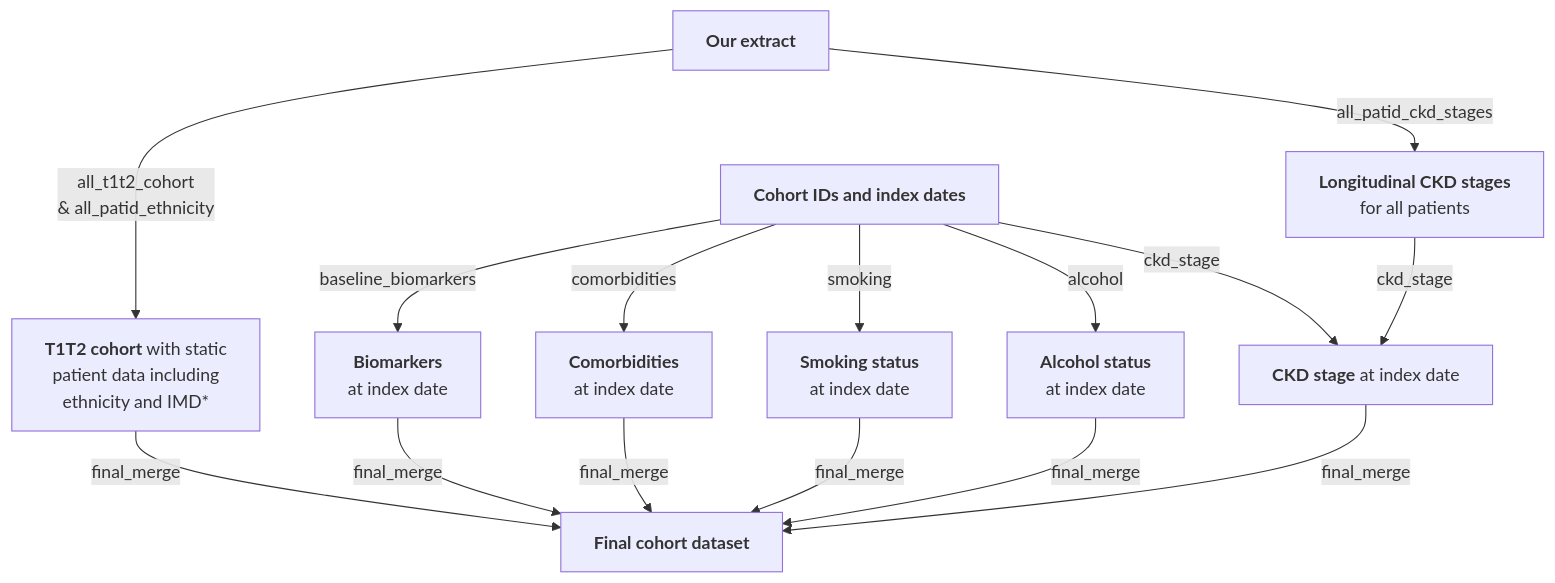
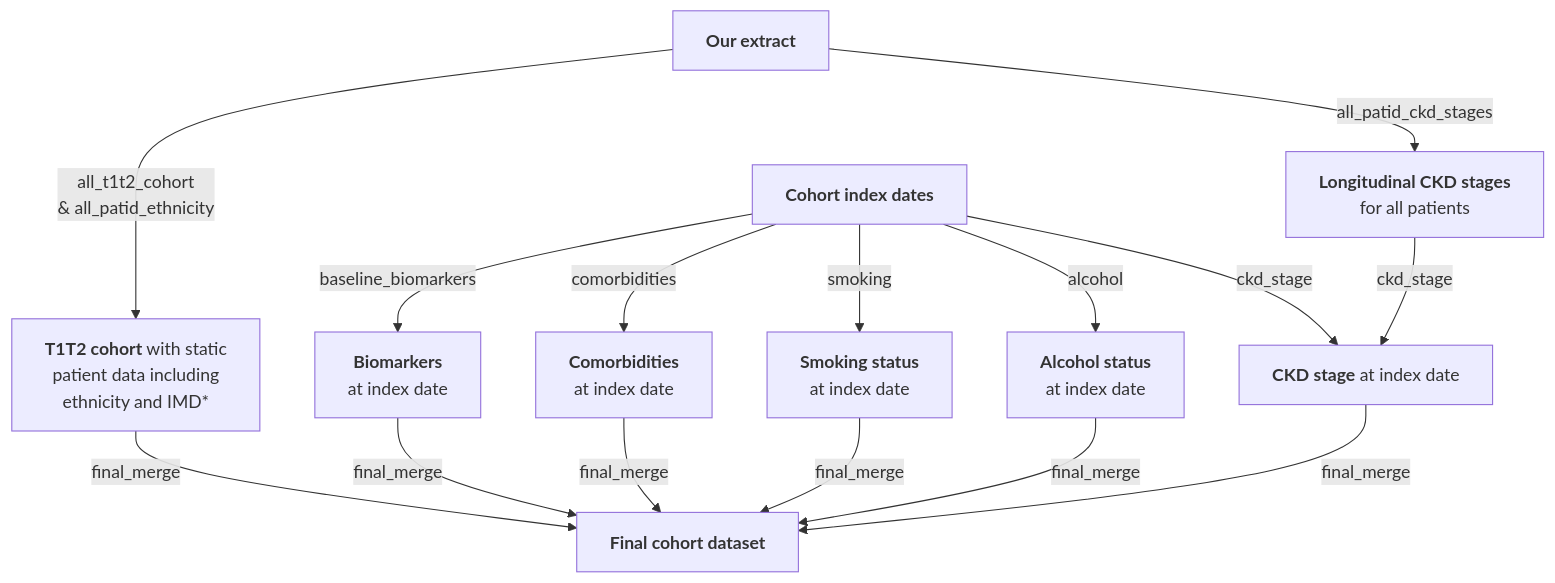
One commit to Exeter-Diabetes/CPRD-Cohort-scripts changed the second of 2 diagrams in README.md. Above: the diagram before and after it, drawn with Mermaid. The commit also changed other lines of this file, not shown here.

````diff
--- a/README.md
+++ b/README.md
@@ -46,18 +46,18 @@
 ```mermaid
 graph TD;
     A["<b>Our extract</b>"] --> |"all_t1t2_cohort <br> & all_patid_ethnicity"|B["<b>T1T2 cohort</b> with static <br> patient data including <br> ethnicity and IMD*"]
     A-->|"all_patid_ckd_stages"|C["<b>Longitudinal CKD stages</b> <br> for all patients"]
-    D["<b>Cohort IDs and index dates</b>"]
+    D["<b>Cohort index dates</b>"]
     D-->|"baseline_biomarkers"|E["<b>Biomarkers</b> <br> at index date"]
     D-->|"comorbidities"|F["<b>Comorbidities</b> <br> at index date"]
     D-->|"smoking"|G["<b>Smoking status</b> <br> at index date"]
     D-->|"alcohol"|H["<b>Alcohol status</b> <br> at index date"]
     D-->|"ckd_stage"|I["<b>CKD stage</b <br> at index date"]
     C-->|"ckd_stage"|I
     B-->|"final_merge"|J["<b>Final cohort dataset</b>"]
     E-->|"final_merge"|J
     F-->|"final_merge"|J
     G-->|"final_merge"|J
     H-->|"final_merge"|J
     I-->|"final_merge"|J
 ```
````
